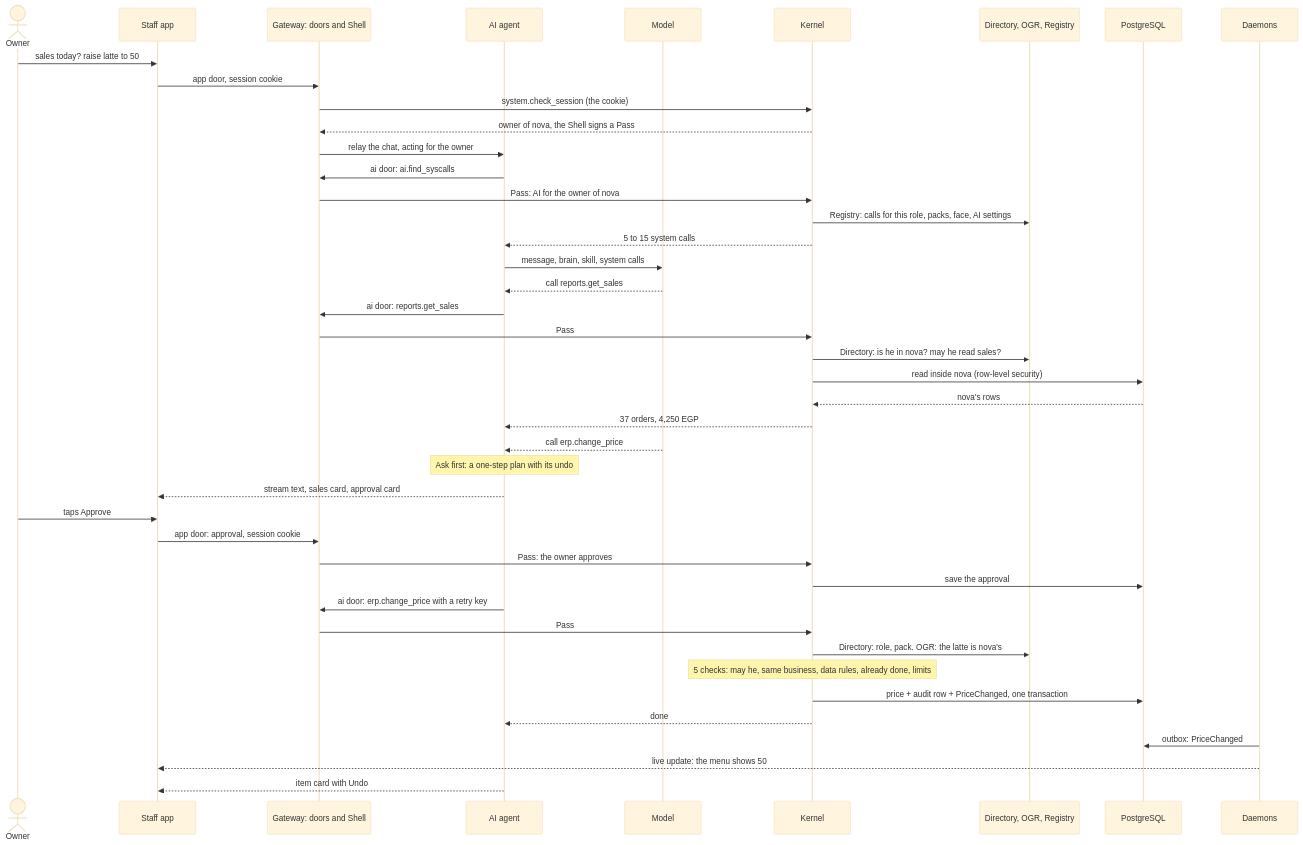
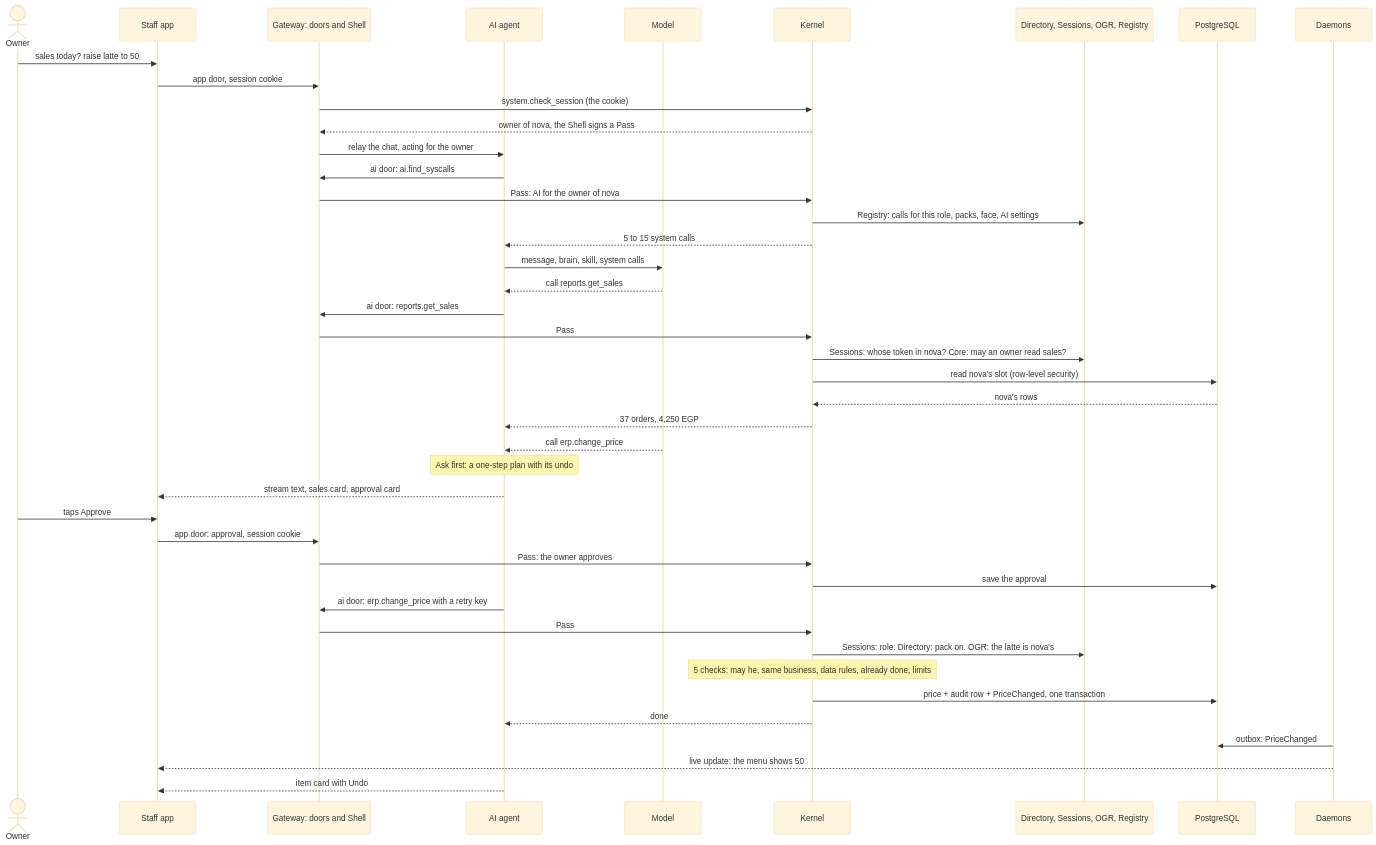
Before and after one commit to puagraduationproject/graduationproject: the sixth of 14 diagrams in technical-structure.md, drawn with Mermaid (base theme). The commit also changed other lines of this file and 1 other file, not shown here.

Commit message:
Design: the database as a grid with a slot per business; the Directory as the map; Accounts and Sessions; one log-in, one business

````diff
--- a/technical-structure.md
+++ b/technical-structure.md
@@ -677,46 +788,46 @@
 ```mermaid
 sequenceDiagram
   actor A as Owner
   participant W as Staff app
   participant S as Gateway: doors and Shell
   participant G as AI agent
   participant M as Model
   participant K as Kernel
-  participant X as Directory, OGR, Registry
+  participant X as Directory, Sessions, OGR, Registry
   participant DB as PostgreSQL
   participant D as Daemons
 
   A->>W: sales today? raise latte to 50
   W->>S: app door, session cookie
   S->>K: system.check_session (the cookie)
   K-->>S: owner of nova, the Shell signs a Pass
   S->>G: relay the chat, acting for the owner
   G->>S: ai door: ai.find_syscalls
   S->>K: Pass: AI for the owner of nova
   K->>X: Registry: calls for this role, packs, face, AI settings
   K-->>G: 5 to 15 system calls
   G->>M: message, brain, skill, system calls
   M-->>G: call reports.get_sales
   G->>S: ai door: reports.get_sales
   S->>K: Pass
-  K->>X: Directory: is he in nova? may he read sales?
-  K->>DB: read inside nova (row-level security)
+  K->>X: Sessions: whose token in nova? Core: may an owner read sales?
+  K->>DB: read nova's slot (row-level security)
   DB-->>K: nova's rows
   K-->>G: 37 orders, 4,250 EGP
   M-->>G: call erp.change_price
   Note over G: Ask first: a one-step plan with its undo
   G-->>W: stream text, sales card, approval card
   A->>W: taps Approve
   W->>S: app door: approval, session cookie
   S->>K: Pass: the owner approves
   K->>DB: save the approval
   G->>S: ai door: erp.change_price with a retry key
   S->>K: Pass
-  K->>X: Directory: role, pack. OGR: the latte is nova's
+  K->>X: Sessions: role. Directory: pack on. OGR: the latte is nova's
   Note over K: 5 checks: may he, same business, data rules, already done, limits
   K->>DB: price + audit row + PriceChanged, one transaction
   K-->>G: done
   D->>DB: outbox: PriceChanged
   D-->>W: live update: the menu shows 50
   G-->>W: item card with Undo
 ```
````
